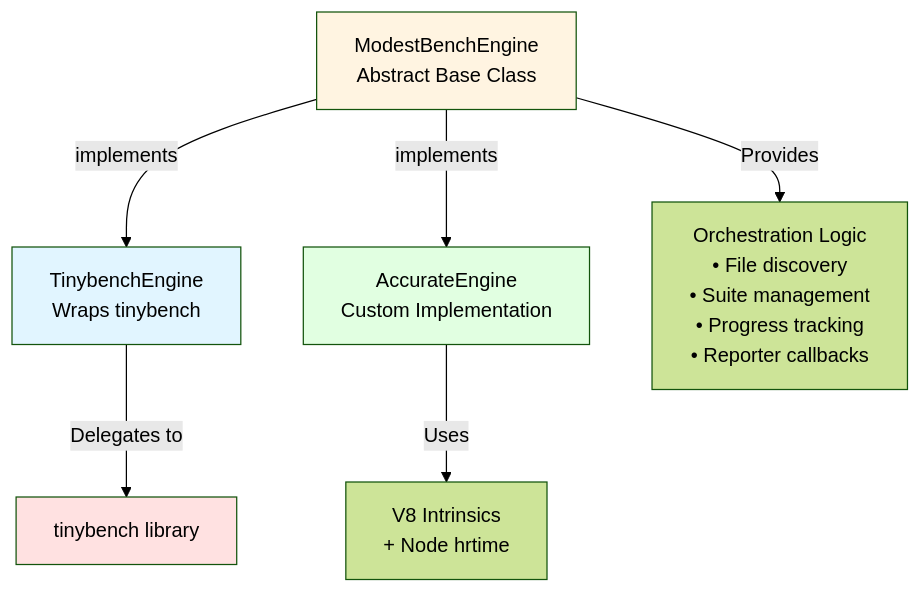
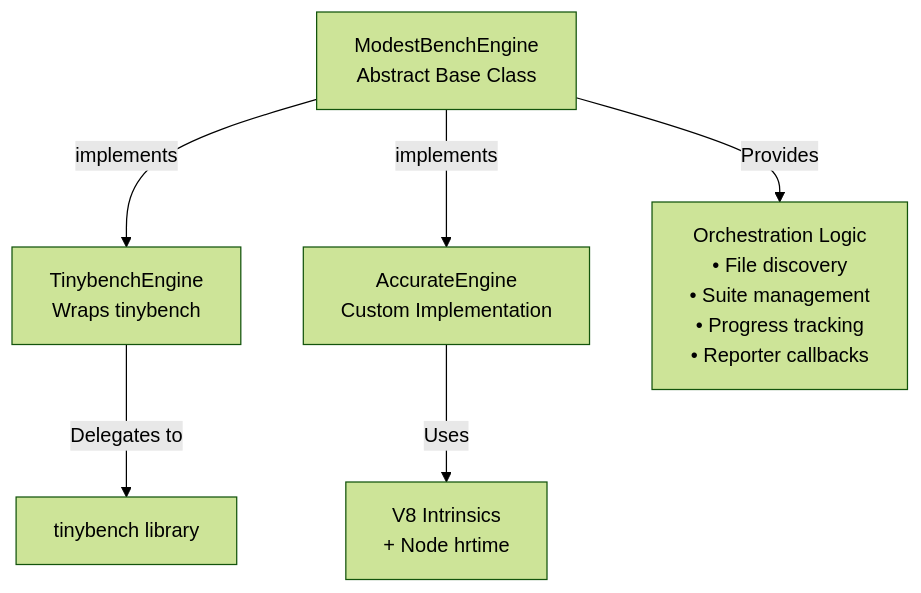
Before and after one commit to boneskull/modestbench: the fourth of 11 diagrams in ARCHITECTURE.md, drawn with Mermaid (forest theme). The commit also changed other lines of this file and 5 other files, not shown here.

Commit message:
docs(reference): fix mermaid graph

````diff
--- a/ARCHITECTURE.md
+++ b/ARCHITECTURE.md
@@ -177,19 +170,14 @@
 ```mermaid
 graph TB
     Abstract[ModestBenchEngine<br/>Abstract Base Class]
     Tinybench[TinybenchEngine<br/>Wraps tinybench]
     Accurate[AccurateEngine<br/>Custom Implementation]
 
     Abstract -->|implements| Tinybench
     Abstract -->|implements| Accurate
 
     Abstract -->|Provides| Orchestration[Orchestration Logic<br/>• File discovery<br/>• Suite management<br/>• Progress tracking<br/>• Reporter callbacks]
 
     Tinybench -->|Delegates to| TinybenchLib[tinybench library]
     Accurate -->|Uses| V8[V8 Intrinsics<br/>+ Node hrtime]
-
-    style Abstract fill:#fff4e1
-    style Tinybench fill:#e1f5ff
-    style Accurate fill:#e1ffe1
-    style TinybenchLib fill:#ffe1e1
 ```
````
